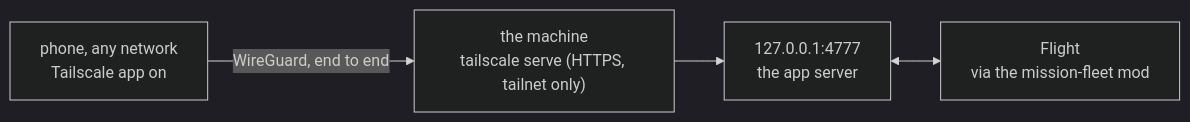
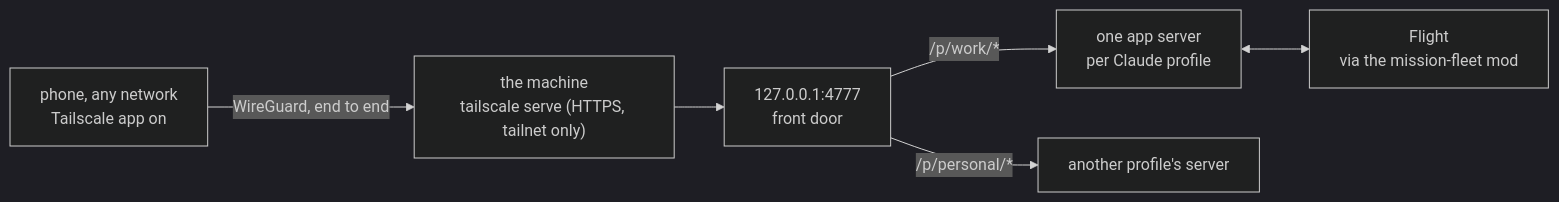
The diagram in framework/remote-access.md (sultanassi95/mission-control), drawn with Mermaid (dark theme) before and after one commit. The commit also changed other lines of this file and 18 other files, not shown here.

````diff
--- a/framework/remote-access.md
+++ b/framework/remote-access.md
@@ -7,6 +7,8 @@
 ```mermaid
 flowchart LR
   P["phone, any network<br/>Tailscale app on"] -->|"WireGuard, end to end"| M["the machine<br/>tailscale serve (HTTPS, tailnet only)"]
-  M --> A["127.0.0.1:4777<br/>the app server"]
+  M --> D["127.0.0.1:4777<br/>front door"]
+  D -->|"/p/work/*"| A["one app server<br/>per Claude profile"]
+  D -->|"/p/personal/*"| A2["another profile's server"]
   A <--> F["Flight<br/>via the mission-fleet mod"]
 ```
````
